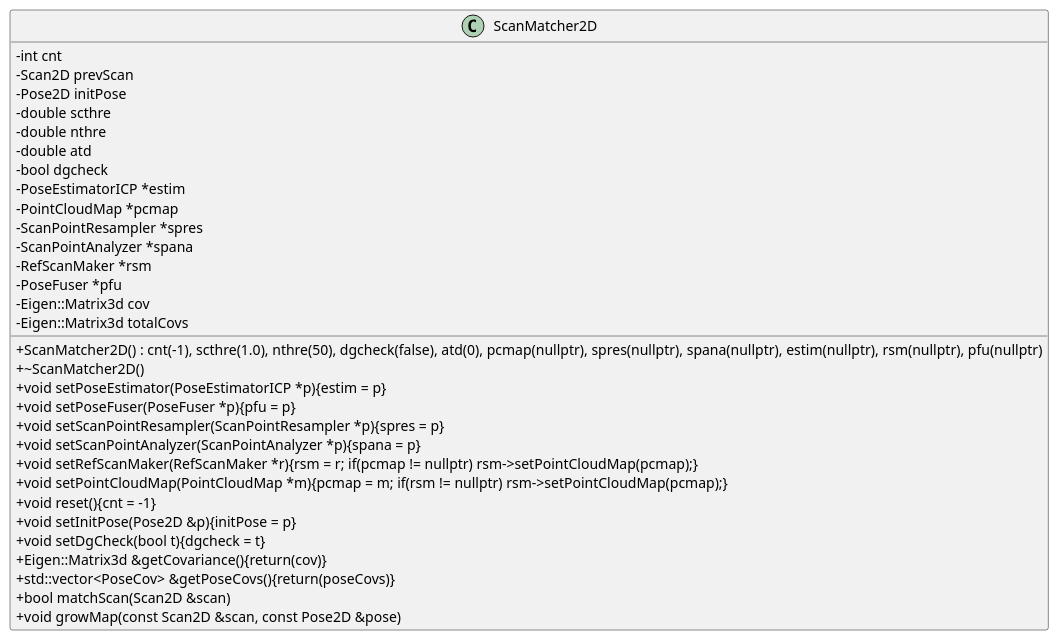
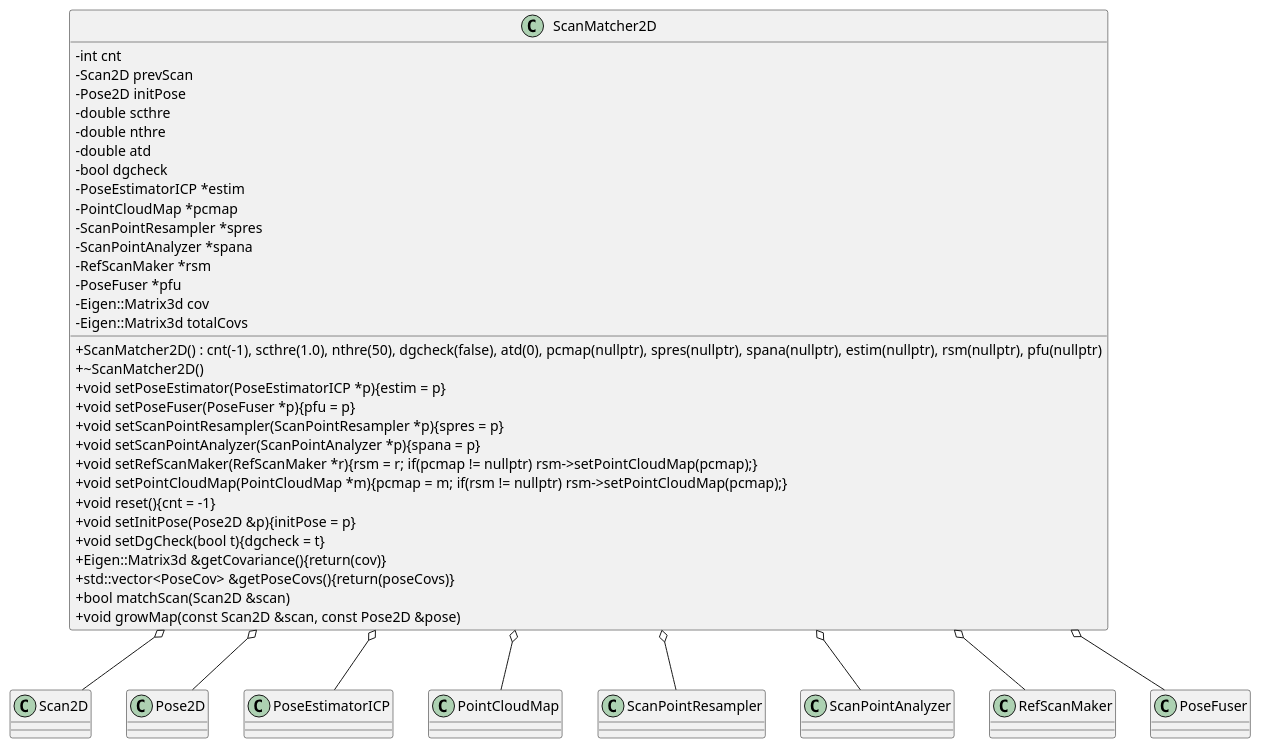
Before and after one commit to ShisatoYano/SLAMDesignUML: the diagram in PlantUML/ScanMatcher2D/ScanMatcher2D_Class.puml, drawn with PlantUML.

Commit message:
add related classes in ScanMatcher2D class diagram.

```diff
--- a/PlantUML/ScanMatcher2D/ScanMatcher2D_Class.puml
+++ b/PlantUML/ScanMatcher2D/ScanMatcher2D_Class.puml
@@ -1,39 +1,48 @@
 @startuml
 
 skinparam classAttributeIconSize 0
 
 class ScanMatcher2D
 {
     - int cnt
     - Scan2D prevScan
     - Pose2D initPose
     - double scthre
     - double nthre
     - double atd
     - bool dgcheck
     - PoseEstimatorICP *estim
     - PointCloudMap *pcmap
     - ScanPointResampler *spres
     - ScanPointAnalyzer *spana
     - RefScanMaker *rsm
     - PoseFuser *pfu
     - Eigen::Matrix3d cov
     - Eigen::Matrix3d totalCovs
     + ScanMatcher2D() : cnt(-1), scthre(1.0), nthre(50), dgcheck(false), atd(0), pcmap(nullptr), spres(nullptr), spana(nullptr), estim(nullptr), rsm(nullptr), pfu(nullptr)
     + ~ScanMatcher2D()
     + void setPoseEstimator(PoseEstimatorICP *p){estim = p}
     + void setPoseFuser(PoseFuser *p){pfu = p}
     + void setScanPointResampler(ScanPointResampler *p){spres = p}
     + void setScanPointAnalyzer(ScanPointAnalyzer *p){spana = p}
     + void setRefScanMaker(RefScanMaker *r){rsm = r; if(pcmap != nullptr) rsm->setPointCloudMap(pcmap);}
     + void setPointCloudMap(PointCloudMap *m){pcmap = m; if(rsm != nullptr) rsm->setPointCloudMap(pcmap);}
     + void reset(){cnt = -1}
     + void setInitPose(Pose2D &p){initPose = p}
     + void setDgCheck(bool t){dgcheck = t}
     + Eigen::Matrix3d &getCovariance(){return(cov)}
     + std::vector<PoseCov> &getPoseCovs(){return(poseCovs)}
     + bool matchScan(Scan2D &scan)
     + void growMap(const Scan2D &scan, const Pose2D &pose)
 }
 
+ScanMatcher2D o-- Scan2D
+ScanMatcher2D o-- Pose2D
+ScanMatcher2D o-- PoseEstimatorICP
+ScanMatcher2D o-- PointCloudMap
+ScanMatcher2D o-- ScanPointResampler
+ScanMatcher2D o-- ScanPointAnalyzer
+ScanMatcher2D o-- RefScanMaker
+ScanMatcher2D o-- PoseFuser
+
 @enduml
```
